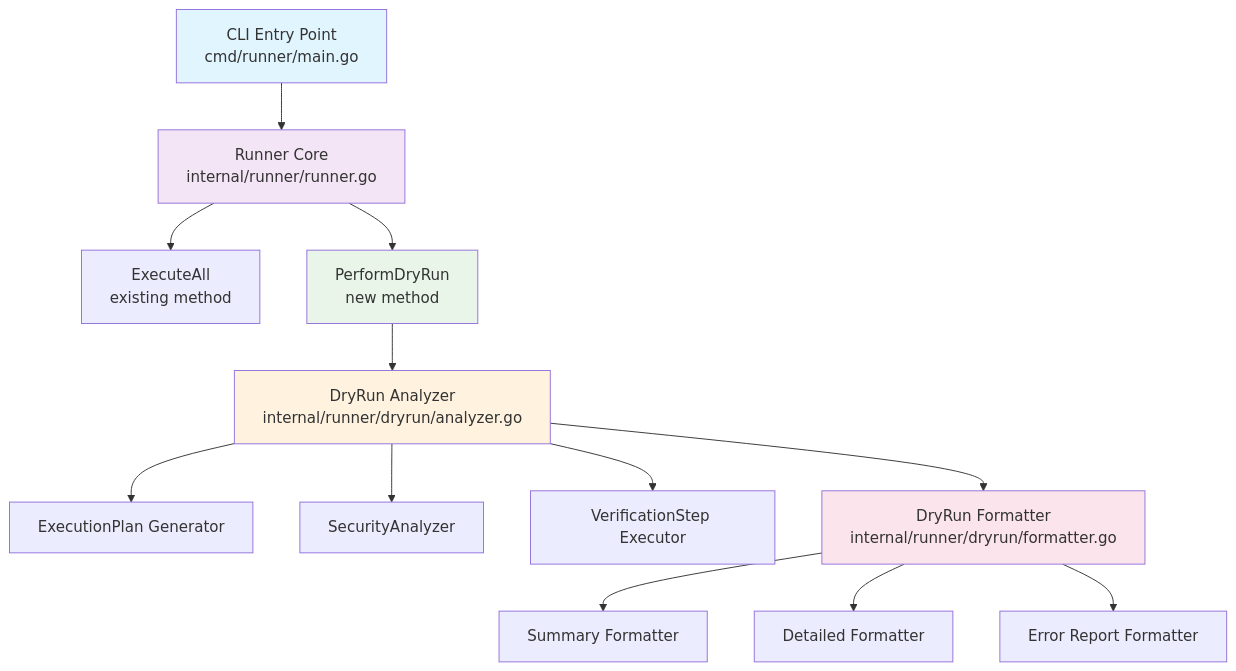
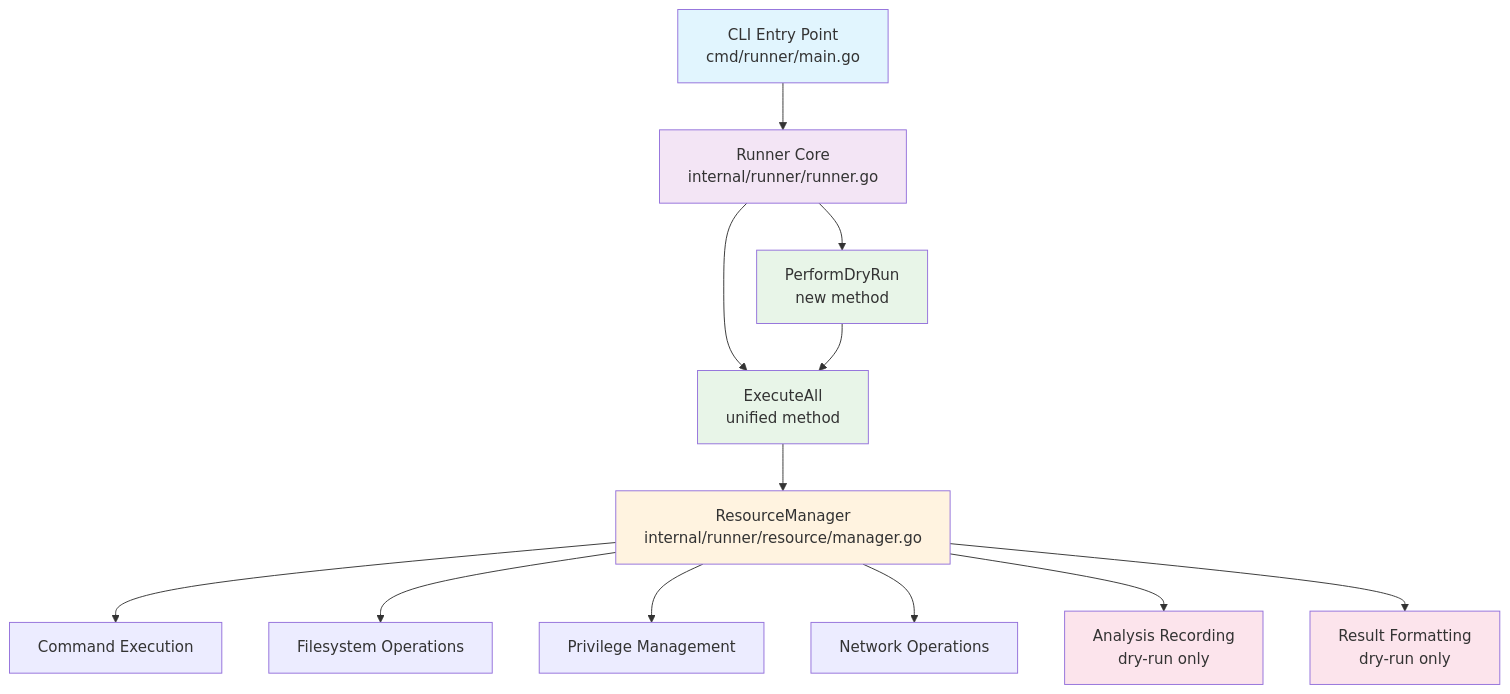
The first of 3 diagrams in docs/tasks/0017_realistic_dry_run/02_architecture.md (isseis/go-safe-cmd-runner), drawn with Mermaid before and after one commit. The commit also changed other lines of this file and 2 other files, not shown here.

First line of the commit message:
Refactor: Transition to Resource Manager Pattern for Dry-Run

````diff
--- a/docs/tasks/0017_realistic_dry_run/02_architecture.md
+++ b/docs/tasks/0017_realistic_dry_run/02_architecture.md
@@ -19,25 +19,27 @@
 ```mermaid
 graph TD
     A[CLI Entry Point<br/>cmd/runner/main.go] --> B[Runner Core<br/>internal/runner/runner.go]
 
-    B --> C[ExecuteAll<br/>existing method]
+    B --> C[ExecuteAll<br/>unified method]
     B --> D[PerformDryRun<br/>new method]
 
-    D --> E[DryRun Analyzer<br/>internal/runner/dryrun/analyzer.go]
+    D --> C
 
-    E --> F[ExecutionPlan Generator]
-    E --> G[SecurityAnalyzer]
-    E --> H[VerificationStep Executor]
+    C --> E[ResourceManager<br/>internal/runner/resource/manager.go]
 
-    E --> I[DryRun Formatter<br/>internal/runner/dryrun/formatter.go]
+    E --> F[Command Execution]
+    E --> G[Filesystem Operations]
+    E --> H[Privilege Management]
+    E --> I[Network Operations]
 
-    I --> J[Summary Formatter]
-    I --> K[Detailed Formatter]
-    I --> L[Error Report Formatter]
+    E --> J[Analysis Recording<br/>dry-run only]
+    E --> K[Result Formatting<br/>dry-run only]
 
     style A fill:#e1f5fe
     style B fill:#f3e5f5
+    style C fill:#e8f5e8
     style D fill:#e8f5e8
     style E fill:#fff3e0
-    style I fill:#fce4ec
+    style J fill:#fce4ec
+    style K fill:#fce4ec
 ```
````
